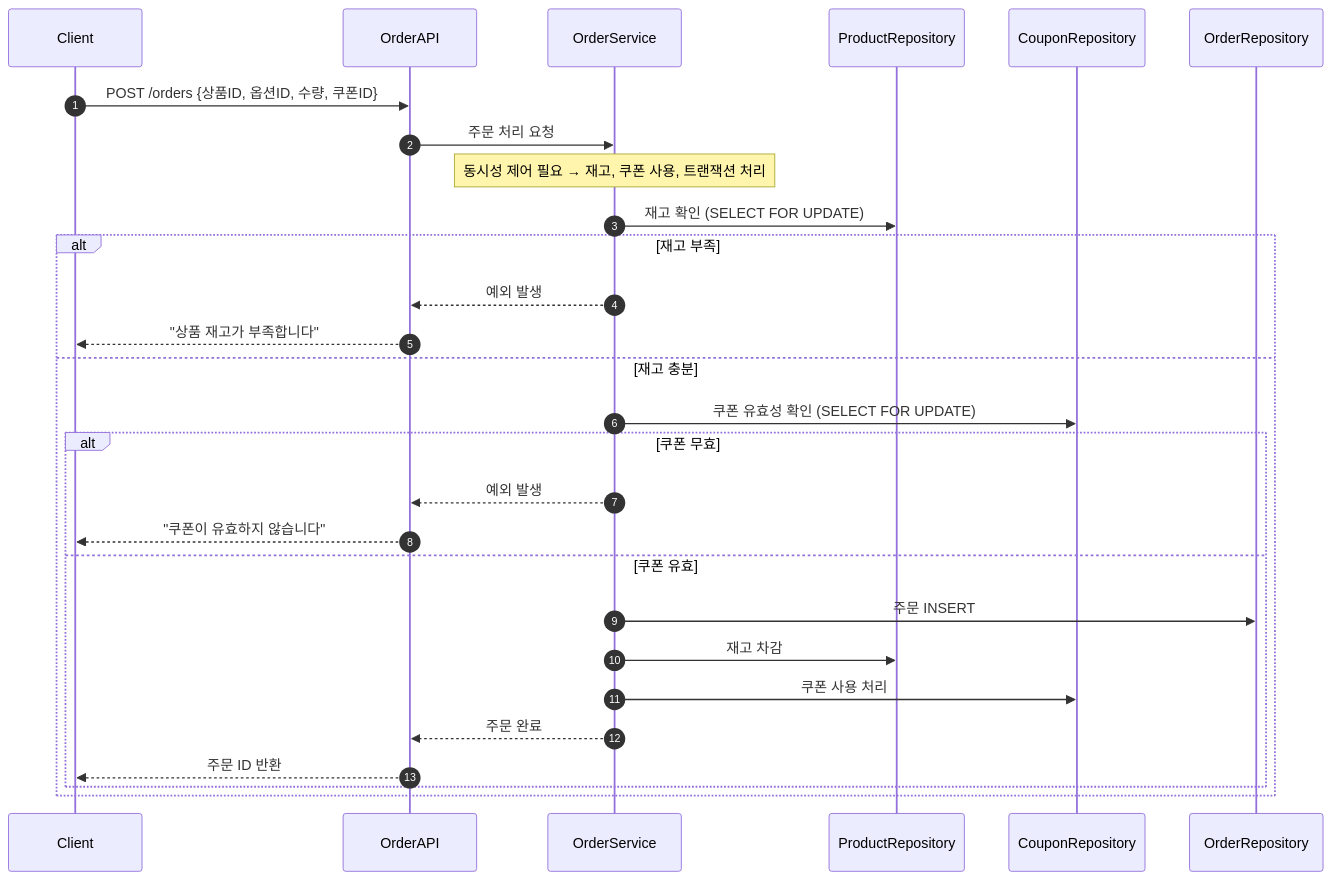
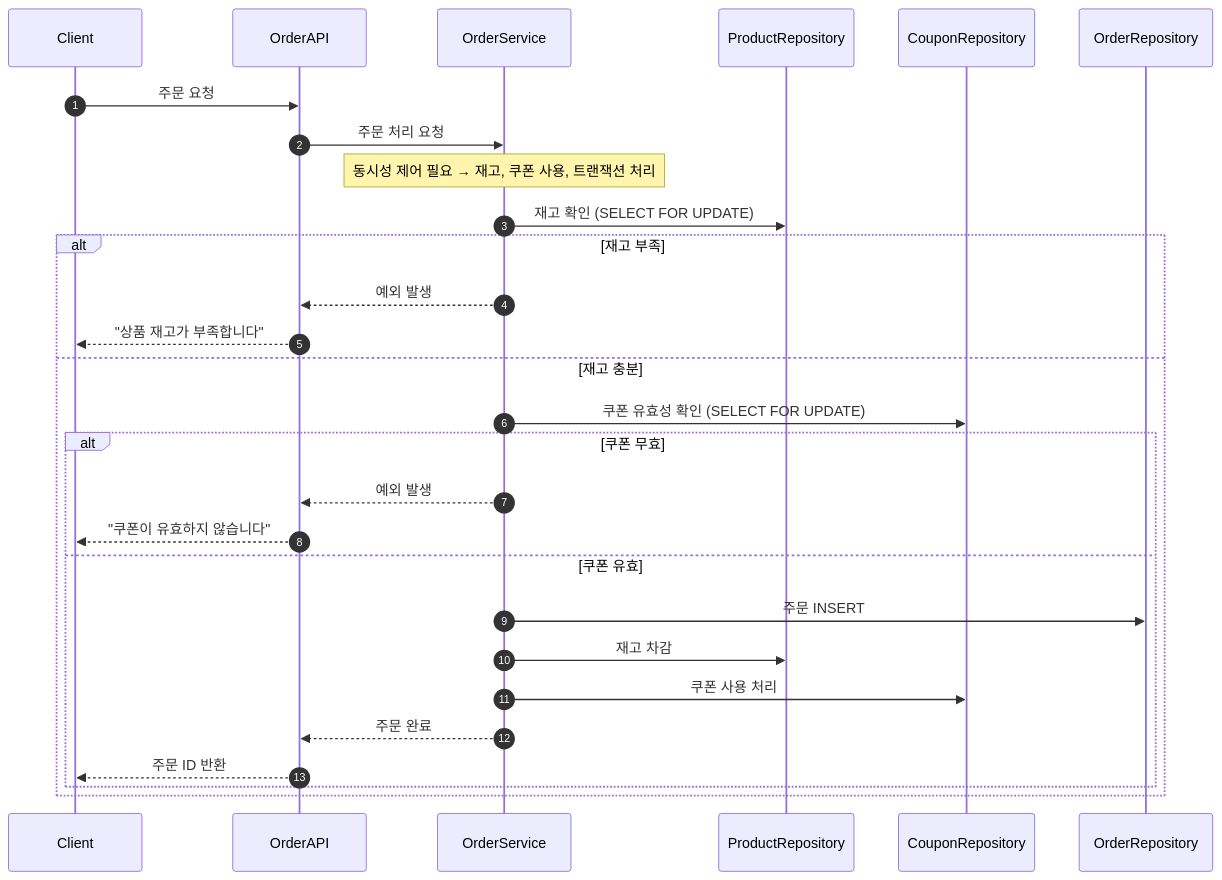
Before and after one commit to ehdgus0221/hhplus-ecommerce: the fifth of 7 diagrams in docs/Sequence.md, drawn with Mermaid. The commit also changed other lines of this file and 25 other files, not shown here.

````diff
--- a/docs/Sequence.md
+++ b/docs/Sequence.md
@@ -89,25 +94,25 @@
 ```mermaid
 sequenceDiagram
     autonumber
     participant Client
-    Client->>OrderAPI: POST /orders {상품ID, 옵션ID, 수량, 쿠폰ID}
+    Client->>OrderAPI: 주문 요청
     OrderAPI->>OrderService: 주문 처리 요청
     Note over OrderService: 동시성 제어 필요 → 재고, 쿠폰 사용, 트랜잭션 처리
     OrderService->>ProductRepository: 재고 확인 (SELECT FOR UPDATE)
     alt 재고 부족
         OrderService-->>OrderAPI: 예외 발생
         OrderAPI-->>Client: "상품 재고가 부족합니다"
     else 재고 충분
         OrderService->>CouponRepository: 쿠폰 유효성 확인 (SELECT FOR UPDATE)
         alt 쿠폰 무효
             OrderService-->>OrderAPI: 예외 발생
             OrderAPI-->>Client: "쿠폰이 유효하지 않습니다"
         else 쿠폰 유효
             OrderService->>OrderRepository: 주문 INSERT
             OrderService->>ProductRepository: 재고 차감
             OrderService->>CouponRepository: 쿠폰 사용 처리
             OrderService-->>OrderAPI: 주문 완료
             OrderAPI-->>Client: 주문 ID 반환
         end
     end
 ```
````
